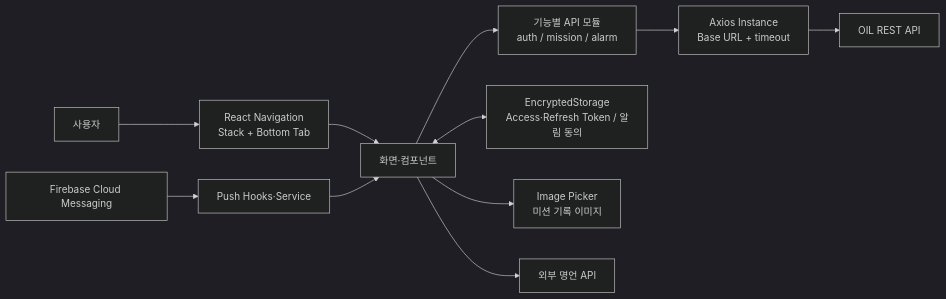
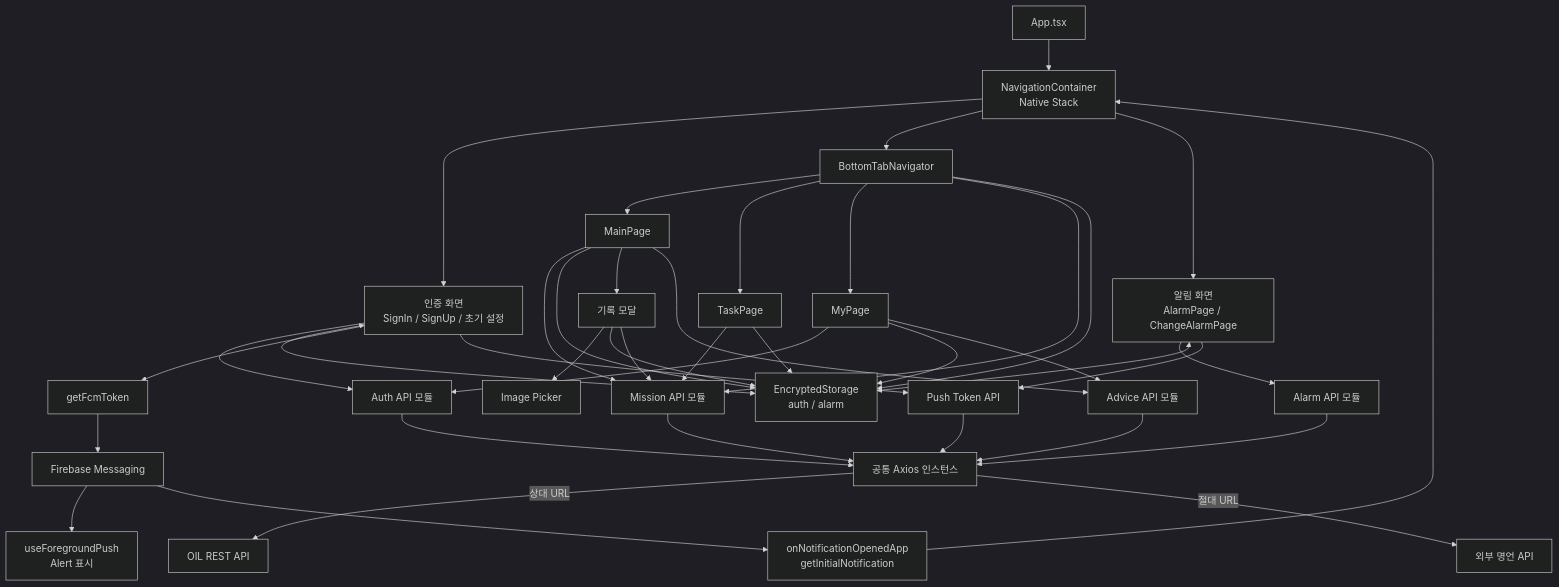
Before and after one commit to team-OIL/OIL-RN: the diagram in README.md, drawn with Mermaid (dark theme). The commit also changed other lines of this file and 1 other file, not shown here.

Commit message:
docs: 실행 화면 제거 및 데이터 흐름 정정

````diff
--- a/README.md
+++ b/README.md
@@ -86,16 +78,47 @@
 ```mermaid
-flowchart LR
-    U["사용자"] --> N["React Navigation<br/>Stack + Bottom Tab"]
-    N --> P["화면·컴포넌트"]
+flowchart TB
+    APP["App.tsx"] --> STACK["NavigationContainer<br/>Native Stack"]
+    STACK --> AUTH["인증 화면<br/>SignIn / SignUp / 초기 설정"]
+    STACK --> TABS["BottomTabNavigator"]
+    STACK --> SETTINGS["알림 화면<br/>AlarmPage / ChangeAlarmPage"]
+    TABS --> MAIN["MainPage"]
+    TABS --> TASK["TaskPage"]
+    TABS --> MY["MyPage"]
 
-    P --> A["기능별 API 모듈<br/>auth / mission / alarm"]
-    A --> X["Axios Instance<br/>Base URL + timeout"]
-    X --> B["OIL REST API"]
+    AUTH --> AUTH_API["Auth API 모듈"]
+    TABS --> MISSION_API["Mission API 모듈"]
+    MAIN --> MISSION_API
+    TASK --> MISSION_API
+    MY --> AUTH_API
+    SETTINGS --> ALARM_API["Alarm API 모듈"]
+    AUTH_API --> AXIOS["공통 Axios 인스턴스"]
+    MISSION_API --> AXIOS
+    ALARM_API --> AXIOS
+    AXIOS -->|"상대 URL"| BACKEND["OIL REST API"]
 
-    P <--> S["EncryptedStorage<br/>Access·Refresh Token / 알림 동의"]
-    P --> I["Image Picker<br/>미션 기록 이미지"]
+    AUTH <--> STORAGE["EncryptedStorage<br/>auth / alarm"]
+    TABS --> STORAGE
+    MAIN --> STORAGE
+    TASK --> STORAGE
+    MY --> STORAGE
+    SETTINGS <--> STORAGE
 
-    F["Firebase Cloud Messaging"] --> H["Push Hooks·Service"]
-    H --> P
-    P --> E["외부 명언 API"]
+    MAIN --> RECORD["기록 모달"]
+    RECORD --> PICKER["Image Picker"]
+    RECORD --> STORAGE
+    RECORD --> MISSION_API
+
+    MAIN --> ADVICE_API["Advice API 모듈"]
+    MY --> ADVICE_API
+    ADVICE_API --> AXIOS
+    AXIOS -->|"절대 URL"| ADVICE["외부 명언 API"]
+
+    AUTH --> PUSH_SERVICE["getFcmToken"]
+    PUSH_SERVICE --> FCM["Firebase Messaging"]
+    AUTH --> TOKEN_API["Push Token API"]
+    SETTINGS --> TOKEN_API
+    TOKEN_API --> AXIOS
+    FCM --> FOREGROUND["useForegroundPush<br/>Alert 표시"]
+    FCM --> OPENED["onNotificationOpenedApp<br/>getInitialNotification"]
+    OPENED --> STACK
 ```
````
